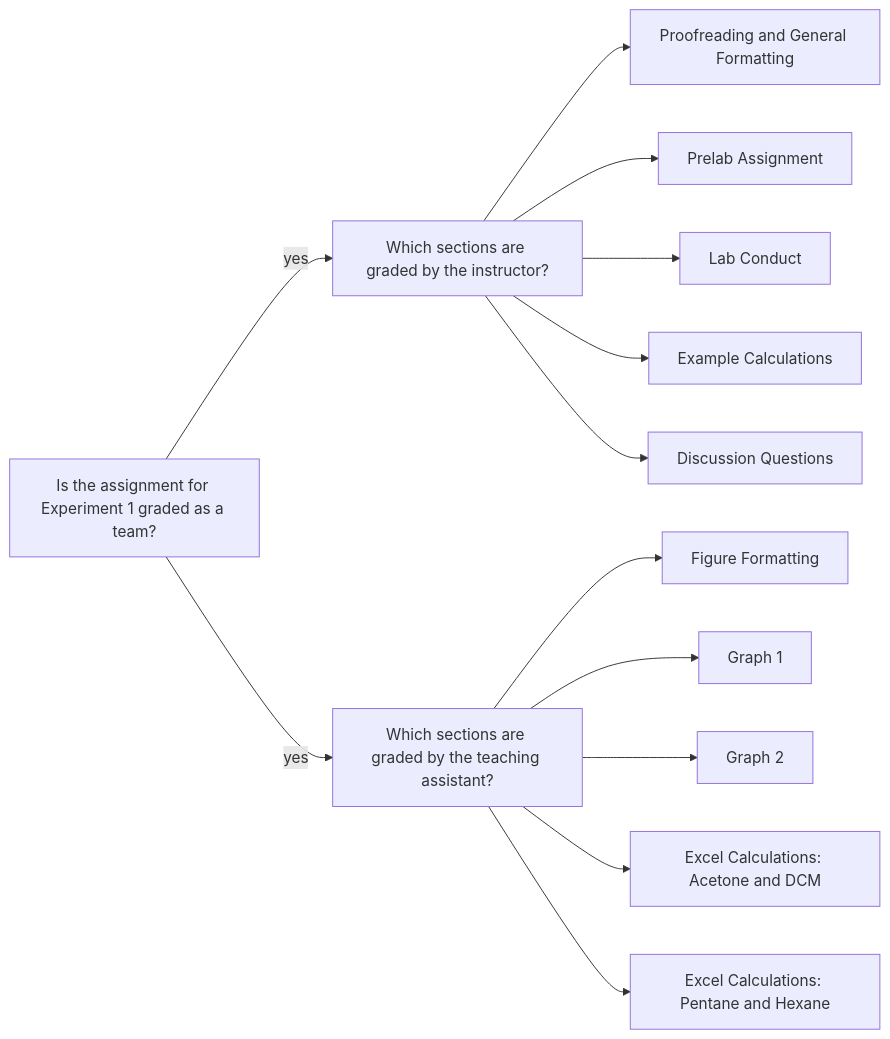
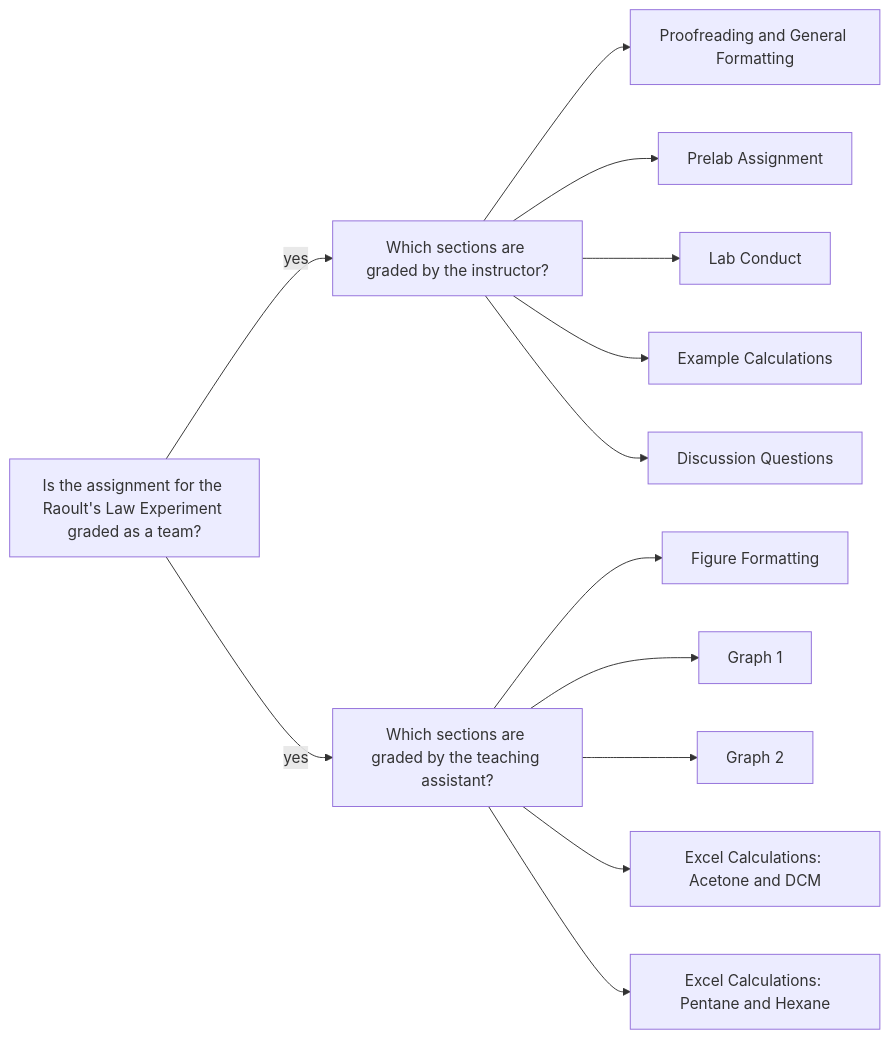
Before and after one commit to mkahveci/mkahveci.github.io: the diagram in _posts/2020-07-22-nzx.md, drawn with Mermaid. The commit also changed 9 other files, not shown here.

````diff
--- a/_posts/2020-07-22-nzx.md
+++ b/_posts/2020-07-22-nzx.md
@@ -83,31 +83,31 @@
 ```mermaid
   graph LR;
-    A[Is the assignment for Experiment 1 graded as a team?]
+    A[Is the assignment for the Raoult's Law Experiment graded as a team?]
     B[Which sections are graded by the instructor?]
     C[Which sections are graded by the teaching assistant?]
 
     B1[Proofreading and General Formatting]
     B2[Prelab Assignment]
     B3[Lab Conduct]
     B4[Example Calculations]
     B5[Discussion Questions]
 
     C1[Figure Formatting]
     C2[Graph 1]
     C3[Graph 2]
     C4[Excel Calculations: Acetone and DCM]
     C5[Excel Calculations: Pentane and Hexane]
 
     A--yes-->B;
     A--yes-->C;
     B-->B1;
     B-->B2;
     B-->B3;
     B-->B4;
     B-->B5;
     C-->C1;
     C-->C2;
     C-->C3;
     C-->C4;
     C-->C5;
 ```
````
